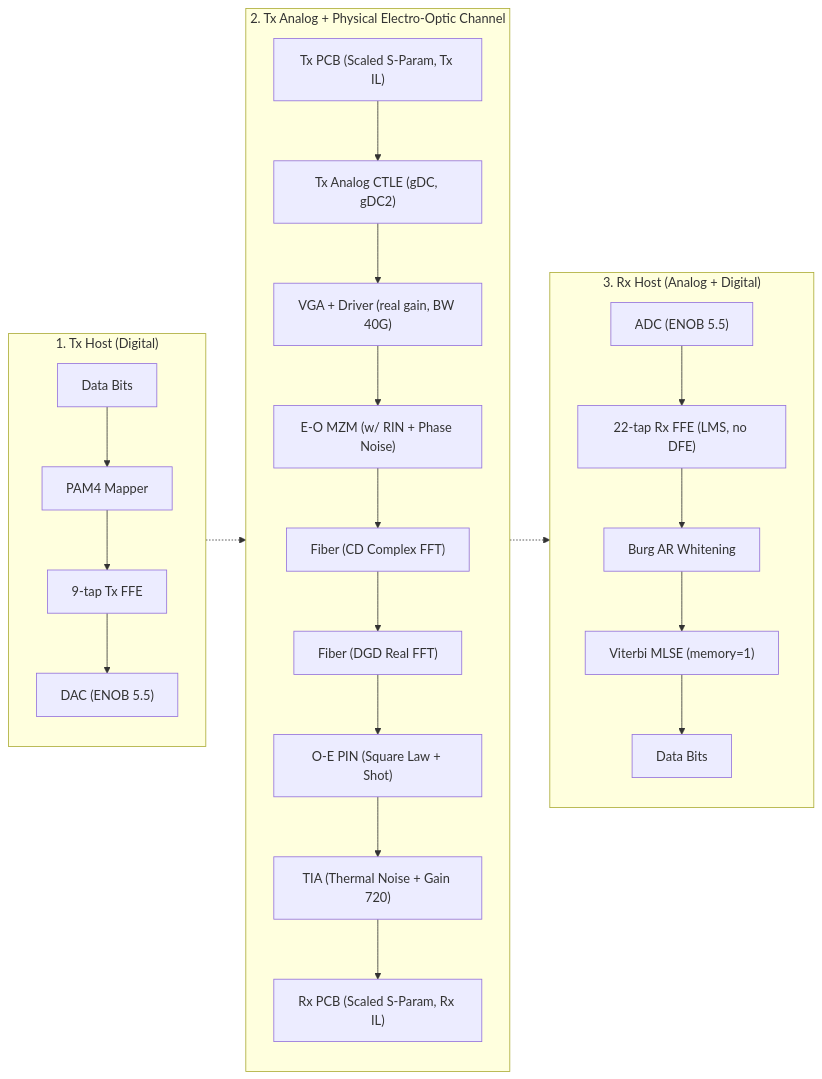
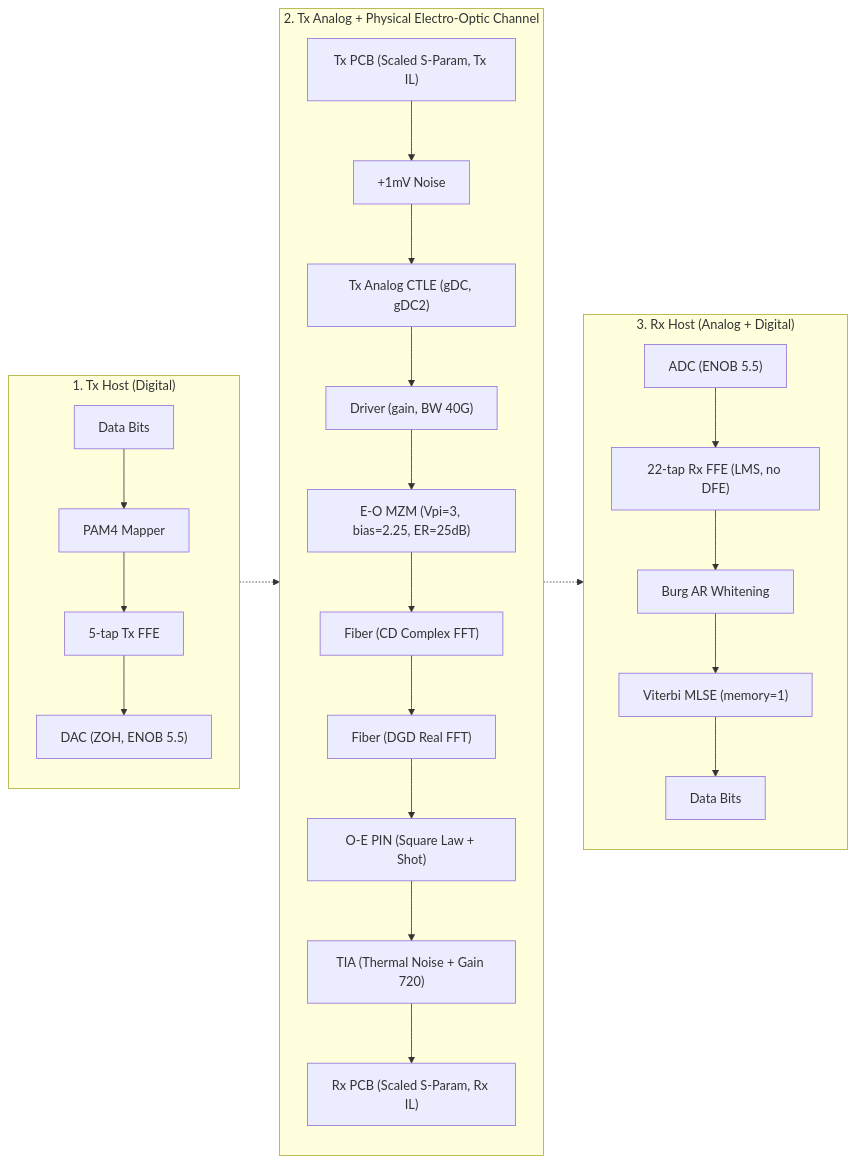
The diagram in docs/01_DSP_Architecture.md (ZenHatesCoding/lpo-pam4-sim), drawn with Mermaid before and after one commit. The commit also changed other lines of this file and 6 other files, not shown here.

````diff
--- a/docs/01_DSP_Architecture.md
+++ b/docs/01_DSP_Architecture.md
@@ -37,33 +37,34 @@
 ```mermaid
 %%{init: {'themeVariables': { 'background': 'transparent'}}}%%
 graph LR
     subgraph R1 ["1. Tx Host (Digital)"]
         direction TB
         A[Data Bits] --> B[PAM4 Mapper]
-        B --> C["9-tap Tx FFE"]
-        C --> D["DAC (ENOB 5.5)"]
+        B --> C["5-tap Tx FFE"]
+        C --> D["DAC (ZOH, ENOB 5.5)"]
     end
 
     subgraph R2 ["2. Tx Analog + Physical Electro-Optic Channel"]
         direction TB
-        E["Tx PCB (Scaled S-Param, Tx IL)"] --> E2["Tx Analog CTLE (gDC, gDC2)"]
-        E2 --> G1["VGA + Driver (real gain, BW 40G)"]
-        G1 --> G["E-O MZM (w/ RIN + Phase Noise)"]
+        E["Tx PCB (Scaled S-Param, Tx IL)"] --> E2["+1mV Noise"]
+        E2 --> F["Tx Analog CTLE (gDC, gDC2)"]
+        F --> G1["Driver (gain, BW 40G)"]
+        G1 --> G["E-O MZM (Vpi=3, bias=2.25, ER=25dB)"]
         G --> H["Fiber (CD Complex FFT)"]
         H --> I["Fiber (DGD Real FFT)"]
         I --> J["O-E PIN (Square Law + Shot)"]
         J --> K["TIA (Thermal Noise + Gain 720)"]
         K --> L["Rx PCB (Scaled S-Param, Rx IL)"]
     end
 
     subgraph R3 ["3. Rx Host (Analog + Digital)"]
         direction TB
         M["ADC (ENOB 5.5)"] --> N["22-tap Rx FFE (LMS, no DFE)"]
         N --> O["Burg AR Whitening"]
         O --> P["Viterbi MLSE (memory=1)"]
         P --> Q[Data Bits]
     end
 
     D -.-> E
     L -.-> M
 ```
````
